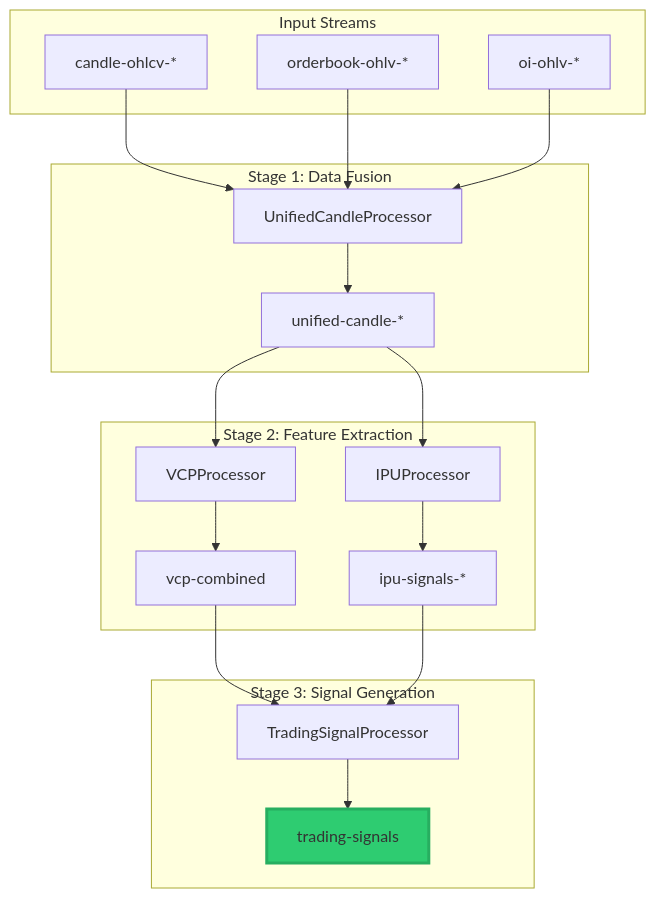
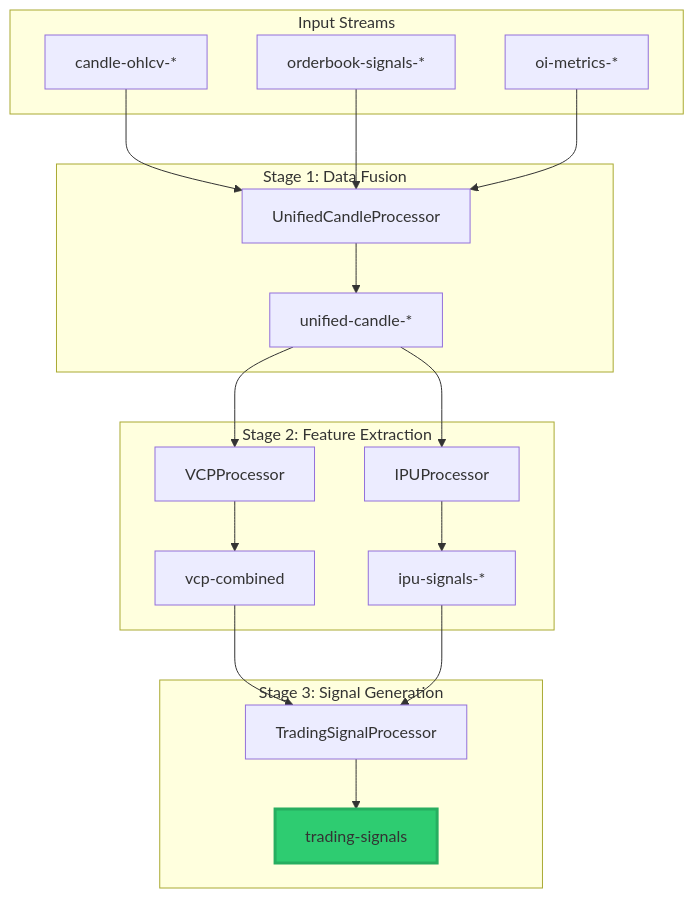
The diagram in TRADING_SIGNALS_PIPELINE.md (Shiv7/streamingcandle), drawn with Mermaid before and after one commit. The commit also changed other lines of this file and 38 other files, not shown here.

````diff
--- a/TRADING_SIGNALS_PIPELINE.md
+++ b/TRADING_SIGNALS_PIPELINE.md
@@ -9,30 +9,30 @@
 ```mermaid
 graph TD
     subgraph "Input Streams"
         A[candle-ohlcv-*] 
-        B[orderbook-ohlv-*]
-        C[oi-ohlv-*]
+        B[orderbook-signals-*]
+        C[oi-metrics-*]
     end
     
     subgraph "Stage 1: Data Fusion"
         A --> U[UnifiedCandleProcessor]
         B --> U
         C --> U
         U --> D[unified-candle-*]
     end
     
     subgraph "Stage 2: Feature Extraction"
         D --> V[VCPProcessor]
         D --> I[IPUProcessor]
         V --> E[vcp-combined]
         I --> F[ipu-signals-*]
     end
     
     subgraph "Stage 3: Signal Generation"
         E --> T[TradingSignalProcessor]
         F --> T
         T --> G[trading-signals]
     end
     
     style G fill:#2ecc71,stroke:#27ae60,stroke-width:3px
 ```
````
